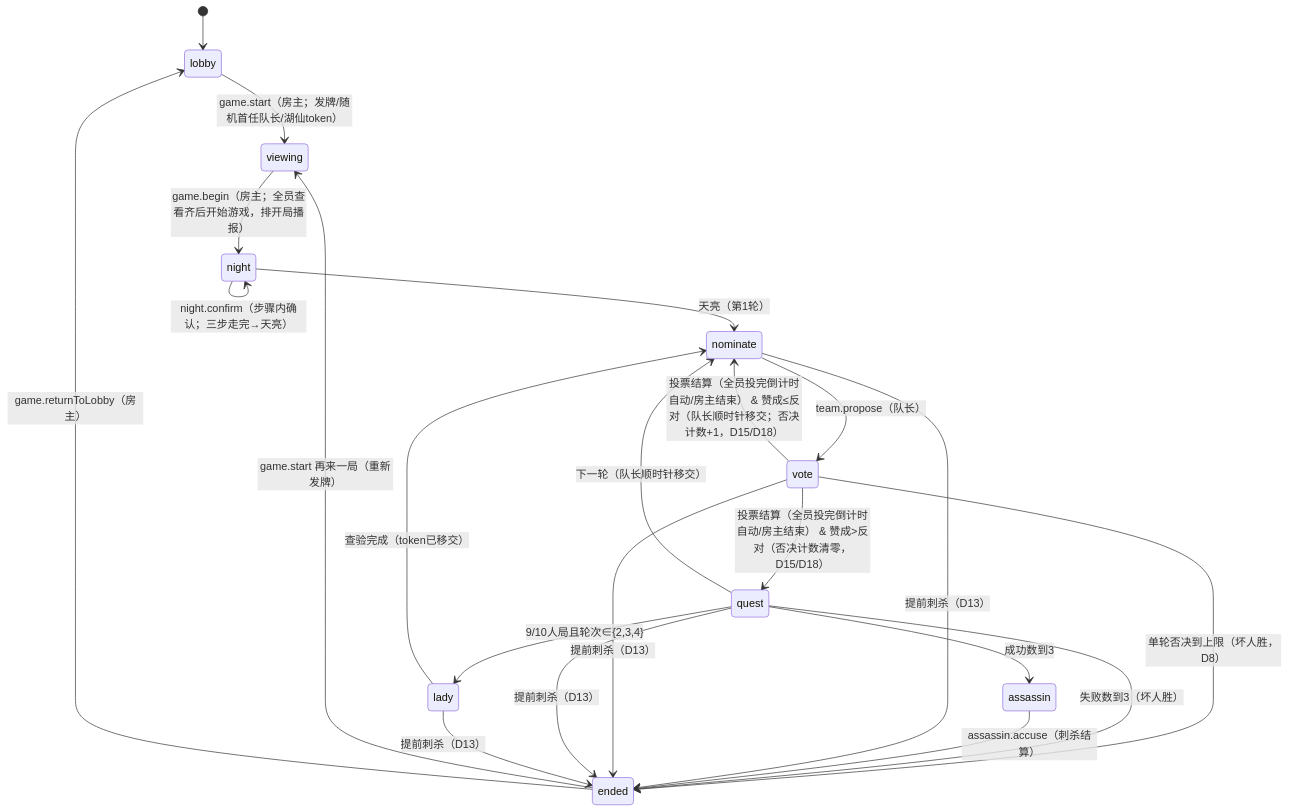
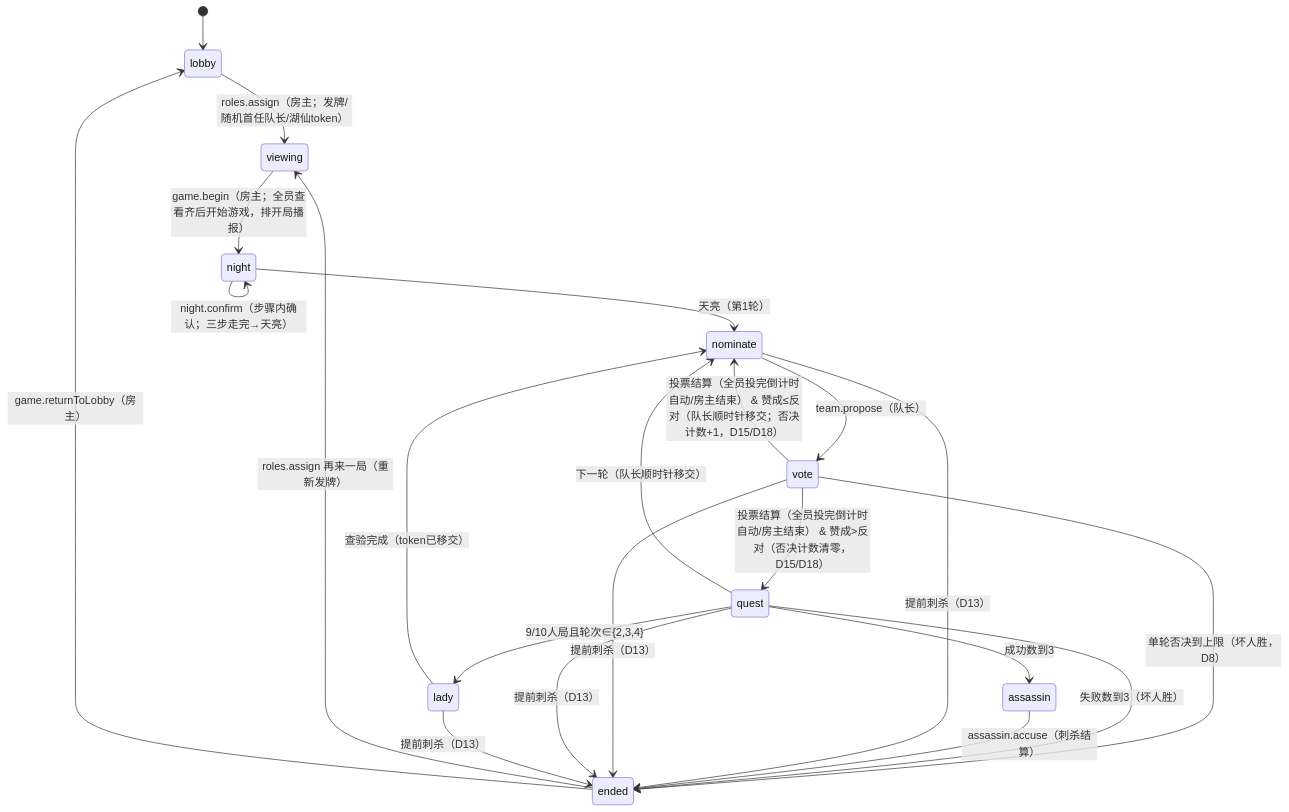
One commit to olveryu/WerewolfGameJudge changed the diagram in docs/avalon-game-design.md. Above: the diagram before and after it, drawn with Mermaid. The commit also changed other lines of this file and 23 other files, not shown here.

First line of the commit message:
refactor(avalon): rename game.start command to roles.assign

````diff
--- a/docs/avalon-game-design.md
+++ b/docs/avalon-game-design.md
@@ -256,24 +256,24 @@
 ```mermaid
 stateDiagram-v2
     [*] --> lobby
-    lobby --> viewing: game.start（房主；发牌/随机首任队长/湖仙token）
+    lobby --> viewing: roles.assign（房主；发牌/随机首任队长/湖仙token）
     viewing --> night: game.begin（房主；全员查看齐后开始游戏，排开局播报）
     night --> night: night.confirm（步骤内确认；三步走完→天亮）
     night --> nominate: 天亮（第1轮）
     nominate --> vote: team.propose（队长）
     vote --> quest: 投票结算（全员投完倒计时自动/房主结束） & 赞成>反对（否决计数清零，D15/D18）
     vote --> nominate: 投票结算（全员投完倒计时自动/房主结束） & 赞成≤反对（队长顺时针移交；否决计数+1，D15/D18）
     vote --> ended: 单轮否决到上限（坏人胜，D8）
     quest --> lady: 9/10人局且轮次∈{2,3,4}
     quest --> nominate: 下一轮（队长顺时针移交）
     quest --> assassin: 成功数到3
     quest --> ended: 失败数到3（坏人胜）
     lady --> nominate: 查验完成（token已移交）
     assassin --> ended: assassin.accuse（刺杀结算）
     nominate --> ended: 提前刺杀（D13）
     vote --> ended: 提前刺杀（D13）
     quest --> ended: 提前刺杀（D13）
     lady --> ended: 提前刺杀（D13）
-    ended --> viewing: game.start 再来一局（重新发牌）
+    ended --> viewing: roles.assign 再来一局（重新发牌）
     ended --> lobby: game.returnToLobby（房主）
 ```
````
